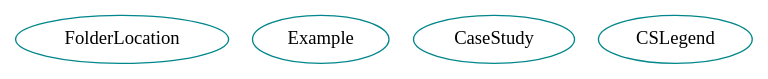
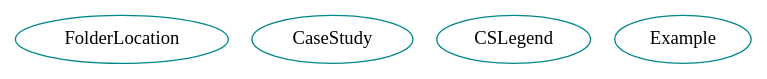
One commit to JacquesCarette/Drasil changed the diagram in analysis/DataTable/packagegraphs/website.dot. Above: the diagram before and after it, drawn with Graphviz. The commit also changed other lines of this file and 211 other files, not shown here.

```diff
--- a/analysis/DataTable/packagegraphs/website.dot
+++ b/analysis/DataTable/packagegraphs/website.dot
@@ -1,6 +1,6 @@
 digraph website{
 FolderLocation	[shape=oval, color=turquoise4, label="FolderLocation"];
-Example	[shape=oval, color=turquoise4, label="Example"];
 CaseStudy	[shape=oval, color=turquoise4, label="CaseStudy"];
 CSLegend	[shape=oval, color=turquoise4, label="CSLegend"];
+Example	[shape=oval, color=turquoise4, label="Example"];
 }
```
